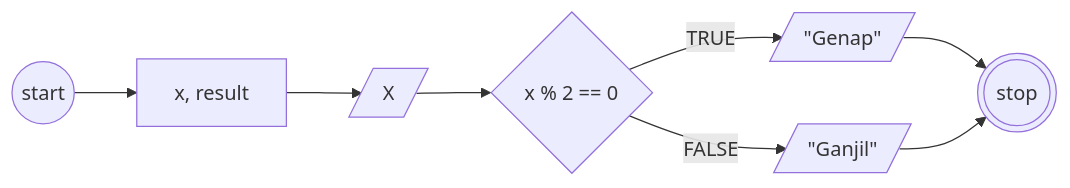
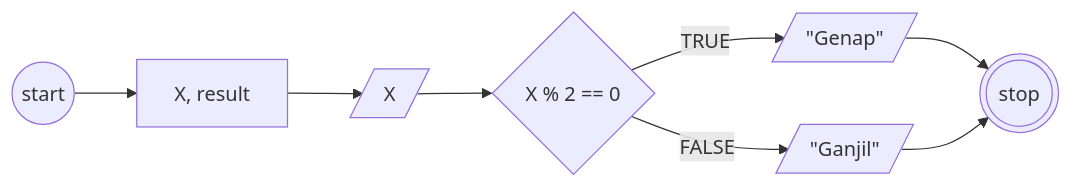
Before and after one commit to yusufbahtiarr/fgo24-algoritma: the second of 2 diagrams in algoritma-mititask-bilanganganjil-genap.md, drawn with Mermaid. The commit also changed other lines of this file, not shown here.

````diff
--- a/algoritma-mititask-bilanganganjil-genap.md
+++ b/algoritma-mititask-bilanganganjil-genap.md
@@ -40,19 +40,19 @@
 ```mermaid
 flowchart LR
 
 a@{shape: circle, label: "start"}
-dk@{shape: rect, label: "x, result"}
+dk@{shape: rect, label: "X, result"}
 b@{shape: lean-r, label: "X"}
-c@{shape: diamond, label: "x % 2 == 0"}
+c@{shape: diamond, label: "X % 2 == 0"}
 d@{shape: lean-r, label: '"Genap"'}
 e@{shape: lean-r, label: '"Ganjil"'}
 x@{shape: dbl-circ, label: "stop"}
 
 a --> dk
 dk --> b
 b --> c
 c --TRUE--> d
 c --FALSE--> e
 d --> x
 e --> x
 ```
````
